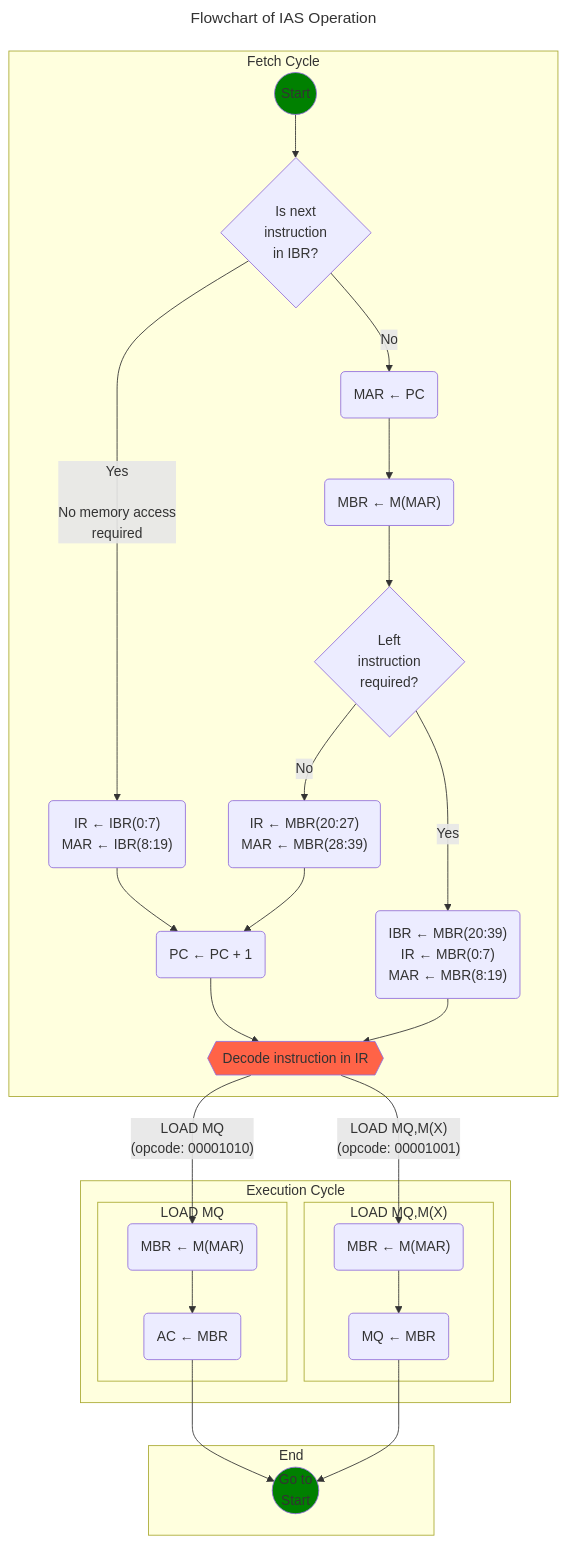
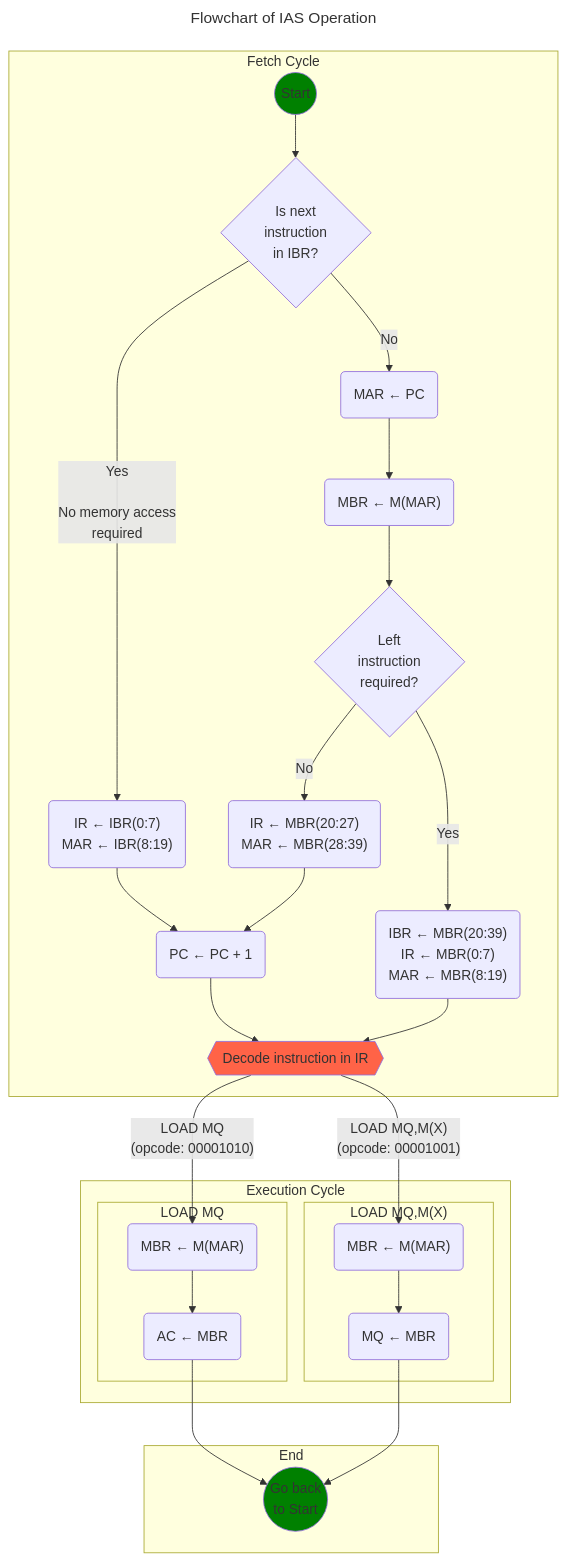
One commit to davidalain/ias_computer changed the diagram in README.md. Above: the diagram before and after it, drawn with Mermaid.

Commit message:
Update README.md
Go back to Start

````diff
--- a/README.md
+++ b/README.md
@@ -7,66 +7,66 @@
 ```mermaid
 ---
 title: Flowchart of IAS Operation
 ---
 flowchart TD
 
 subgraph "Fetch Cycle"
     START((Start)):::greenClass --> B{"Is next 
     instruction 
     in IBR?"}
     B --> |"Yes
 
     No memory access
     required"| F("IR ← IBR(0:7)
     MAR ← IBR(8:19)")
     F --> I
     B --> |No| C("MAR ← PC")
     C --> D("MBR ← M(MAR)")
     D --> E{"Left
     instruction
     required?"}
     E --> |No| H("IR ← MBR(20:27)
     MAR ← MBR(28:39)")
     E --> |Yes| G("IBR ← MBR(20:39)
     IR ← MBR(0:7)
     MAR ← MBR(8:19)")
     H --> I("PC ← PC + 1")
     I --> DECODE
     G --> DECODE
     DECODE{{"Decode instruction in IR"}}:::orangeClass
 end
 
 subgraph "Execution Cycle"
     subgraph "LOAD MQ"
         LOAD_MQ__A("MBR ← M(MAR)")
         LOAD_MQ__B("AC ← MBR")
 
         DECODE --> |"LOAD MQ
         (opcode: 00001010)"|LOAD_MQ__A
         LOAD_MQ__A --> LOAD_MQ__B
     end
 
     subgraph "LOAD MQ,M(X)"
         LOAD_MQ_MX__A("MBR ← M(MAR)")
         LOAD_MQ_MX__B("MQ ← MBR")
 
         DECODE --> |"LOAD MQ,M(X)
         (opcode: 00001001)"|LOAD_MQ_MX__A
         LOAD_MQ_MX__A --> LOAD_MQ_MX__B
     end
 end
 
 subgraph "End"
-    END(("Go to
-    Start")):::greenClass
+    END(("Go back
+    to Start")):::greenClass
 
     LOAD_MQ__B --> END
     LOAD_MQ_MX__B --> END
 end
 
 classDef greenClass fill:#008000
 classDef orangeClass fill:#FF6347
 
 
 
 ```
````
